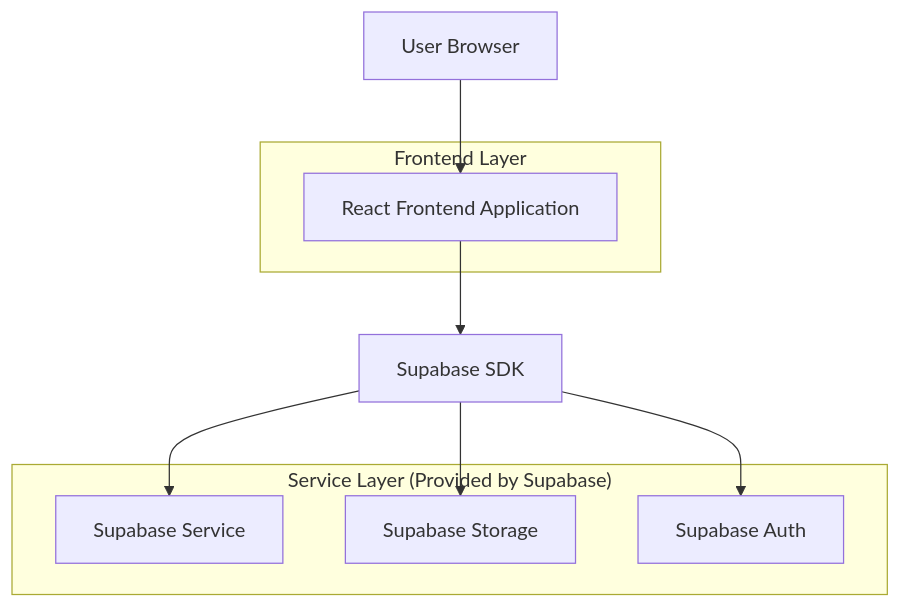
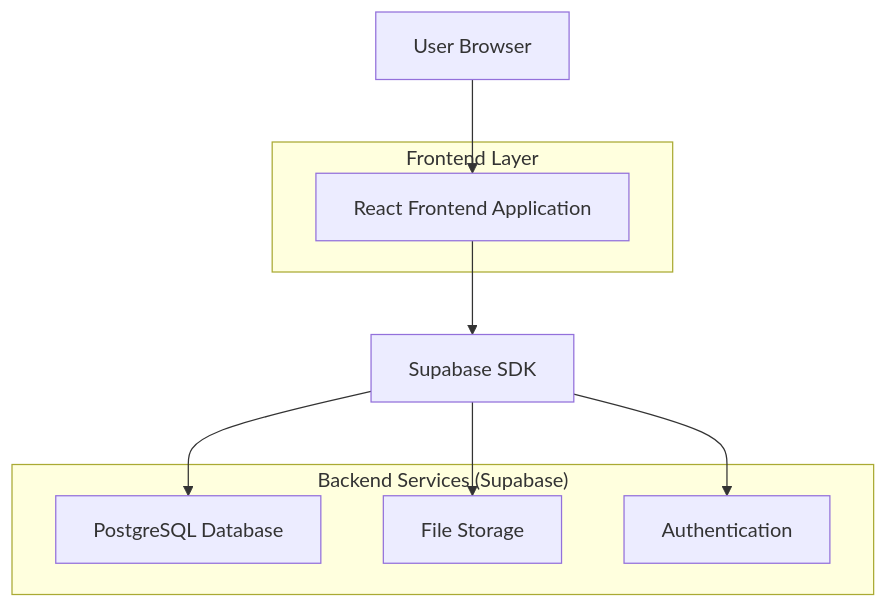
Before and after one commit to kafkasder2017/new-panel: the first of 2 diagrams in .trae/documents/mood-journal-technical-architecture.md, drawn with Mermaid. The commit also changed other lines of this file and 120 other files, not shown here.

````diff
--- a/.trae/documents/mood-journal-technical-architecture.md
+++ b/.trae/documents/mood-journal-technical-architecture.md
@@ -5,18 +5,18 @@
 ```mermaid
 graph TD
   A[User Browser] --> B[React Frontend Application]
   B --> C[Supabase SDK]
   C --> D[Supabase Service]
   C --> E[Supabase Storage]
   C --> F[Supabase Auth]
 
   subgraph "Frontend Layer"
     B
   end
 
-  subgraph "Service Layer (Provided by Supabase)"
-    D
-    E
-    F
+  subgraph "Backend Services (Supabase)"
+    D[PostgreSQL Database]
+    E[File Storage]
+    F[Authentication]
   end
 ```
````
